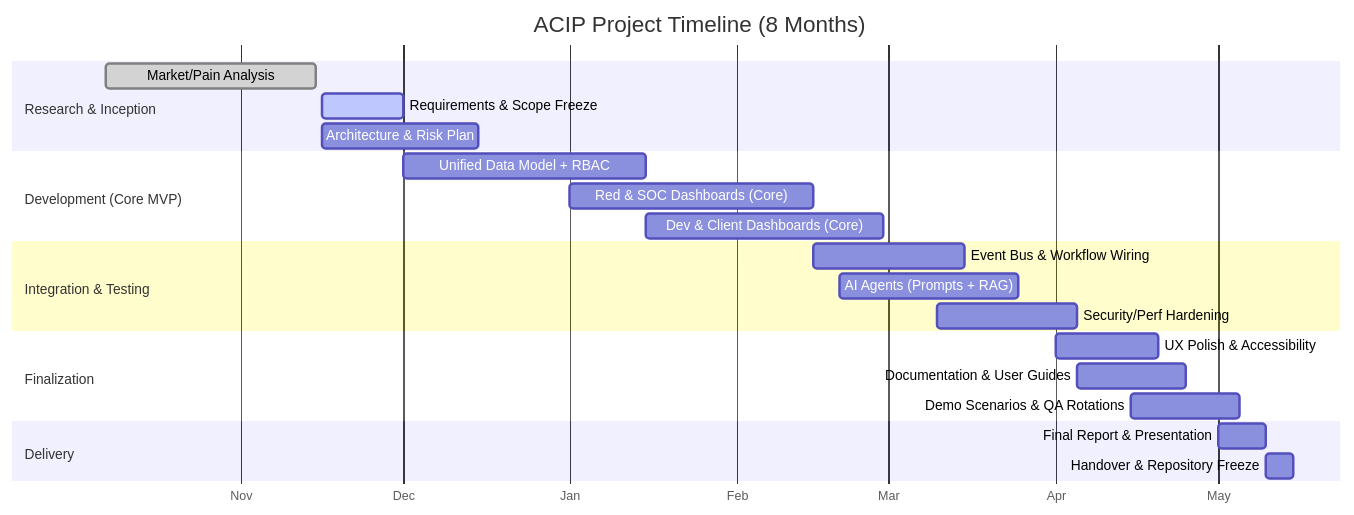
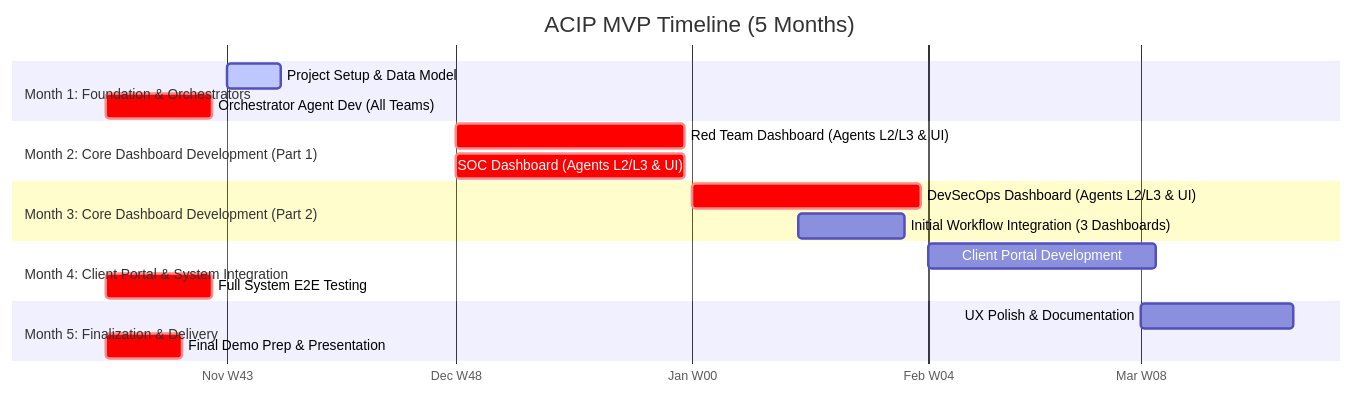
Diagram 11 of 13 in 0 - Proposal.md (mahmoud01277599066-design/Advanced-Cybersecurity-Intelligence-Platform-v1), drawn with Mermaid before and after one commit. The commit also changed other lines of this file, not shown here.

First line of the commit message:
Revise ACIP proposal for clarity and structure

````diff
--- a/0 - Proposal.md
+++ b/0 - Proposal.md
@@ -187,30 +351,26 @@
 ```mermaid
 gantt
-  title ACIP Project Timeline (8 Months)
-  dateFormat  YYYY-MM-DD
-  axisFormat  %b
+    title ACIP MVP Timeline (5 Months)
+    dateFormat YYYY-MM-DD
+    axisFormat %b W%W
 
-  section Research & Inception
-  Market/Pain Analysis          :done,    r1, 2025-10-07, 2025-11-15
-  Requirements & Scope Freeze   :active,  r2, 2025-11-16, 2025-12-01
-  Architecture & Risk Plan      :         r3, 2025-11-16, 2025-12-15
+    section Month 1: Foundation & Orchestrators
+    Project Setup & Data Model :active, 2025-11-01, 7d
+    Orchestrator Agent Dev (All Teams):crit, after 2025-11-01, 14d
 
-  section Development (Core MVP)
-  Unified Data Model + RBAC     :         d1, 2025-12-01, 2026-01-15
-  Red & SOC Dashboards (Core)   :         d2, 2026-01-01, 2026-02-15
-  Dev & Client Dashboards (Core):         d3, 2026-01-15, 2026-02-28
+    section Month 2: Core Dashboard Development (Part 1)
+    Red Team Dashboard (Agents L2/L3 & UI) :crit, 2025-12-01, 30d
+    SOC Dashboard (Agents L2/L3 & UI) :crit, 2025-12-01, 30d
 
-  section Integration & Testing
-  Event Bus & Workflow Wiring   :         i1, 2026-02-15, 2026-03-15
-  AI Agents (Prompts + RAG)     :         i2, 2026-02-20, 2026-03-25
-  Security/Perf Hardening       :         i3, 2026-03-10, 2026-04-05
+    section Month 3: Core Dashboard Development (Part 2)
+    DevSecOps Dashboard (Agents L2/L3 & UI) :crit, 2026-01-01, 30d
+    Initial Workflow Integration (3 Dashboards) : 2026-01-15, 14d
 
-  section Finalization
-  UX Polish & Accessibility     :         f1, 2026-04-01, 2026-04-20
-  Documentation & User Guides   :         f2, 2026-04-05, 2026-04-25
-  Demo Scenarios & QA Rotations :         f3, 2026-04-15, 2026-05-05
+    section Month 4: Client Portal & System Integration
+    Client Portal Development :2026-02-01, 30d
+    Full System E2E Testing :crit, after 2026-02-01, 14d
 
-  section Delivery
-  Final Report & Presentation   :         v1, 2026-05-01, 2026-05-10
-  Handover & Repository Freeze  :         v2, 2026-05-10, 2026-05-15
+    section Month 5: Finalization & Delivery
+    UX Polish & Documentation :2026-03-01, 20d
+    Final Demo Prep & Presentation :crit, after 2026-03-01, 10d
 ```
````
